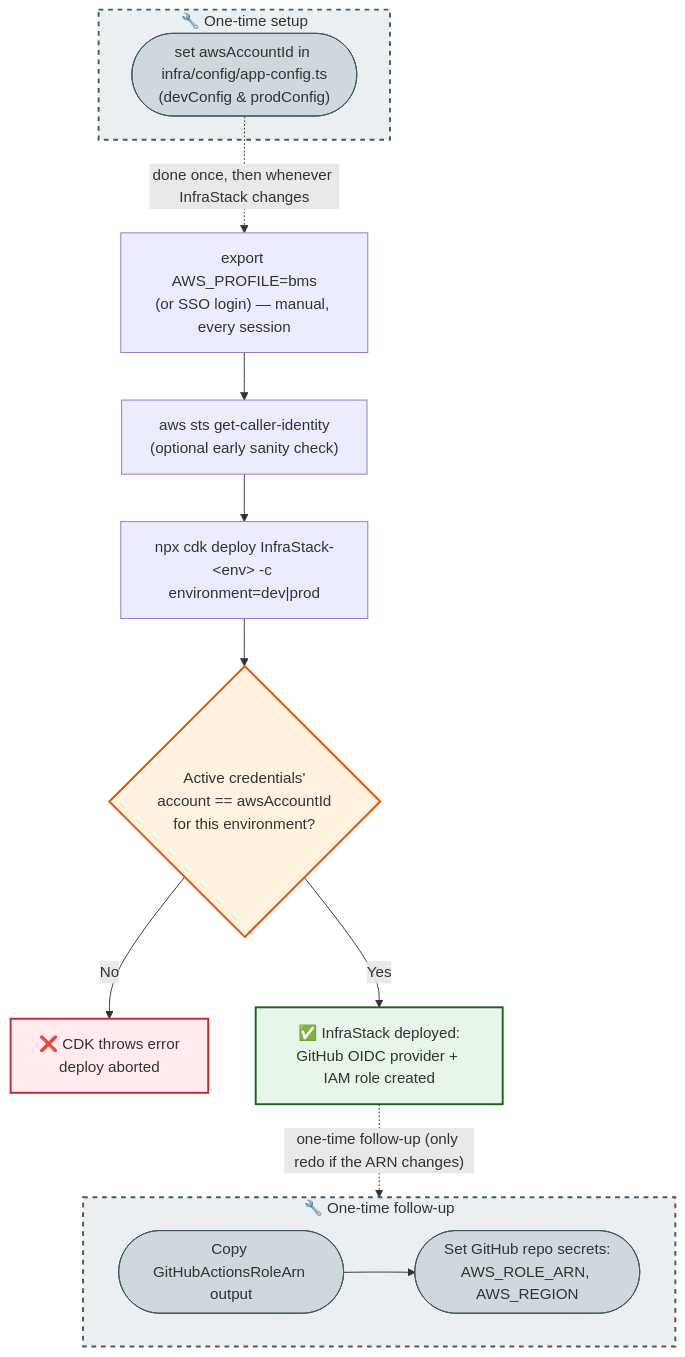
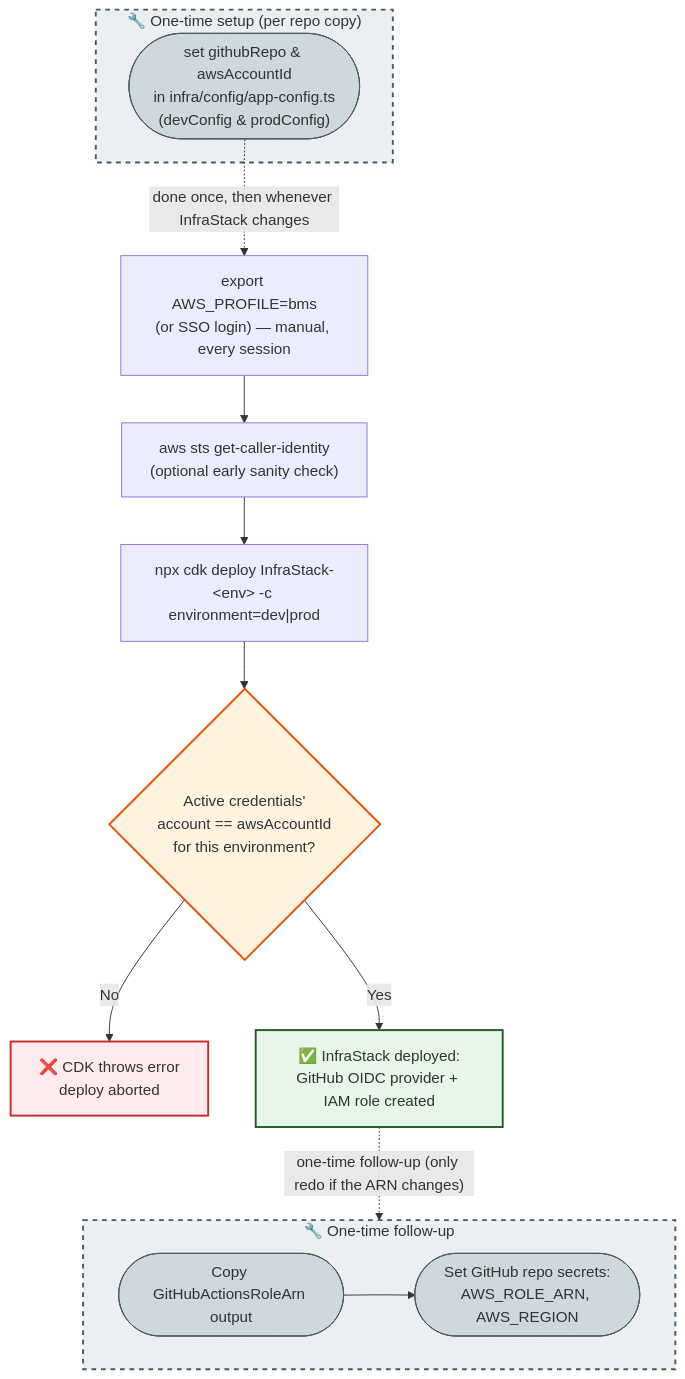
Before and after one commit to yuichiroyamaji/bms: the first of 3 diagrams in docs/deployment-flows.md, drawn with Mermaid. The commit also changed 6 other files, not shown here.

````diff
--- a/docs/deployment-flows.md
+++ b/docs/deployment-flows.md
@@ -23,33 +23,33 @@
 ```mermaid
 flowchart TD
-    subgraph Setup["🔧 One-time setup"]
-        A(["set awsAccountId in infra/config/app-config.ts<br/>(devConfig & prodConfig)"])
+    subgraph Setup["🔧 One-time setup (per repo copy)"]
+        A(["set githubRepo & awsAccountId<br/>in infra/config/app-config.ts<br/>(devConfig & prodConfig)"])
     end
 
     A -.->|"done once, then whenever InfraStack changes"| C["export AWS_PROFILE=bms<br/>(or SSO login) — manual, every session"]
     C --> D["aws sts get-caller-identity<br/>(optional early sanity check)"]
     D --> E["npx cdk deploy InfraStack-&lt;env&gt; -c environment=dev|prod"]
     E --> F{"Active credentials'<br/>account == awsAccountId<br/>for this environment?"}
     F -- No --> G["❌ CDK throws error<br/>deploy aborted"]
     F -- Yes --> H["✅ InfraStack deployed:<br/>GitHub OIDC provider + IAM role created"]
 
     H -.->|"one-time follow-up (only redo if the ARN changes)"| Followup
 
     subgraph Followup["🔧 One-time follow-up"]
         I(["Copy GitHubActionsRoleArn output"])
         J(["Set GitHub repo secrets:<br/>AWS_ROLE_ARN, AWS_REGION"])
         I --> J
     end
 
     style Setup fill:#eceff1,stroke:#455a64,stroke-width:2px,stroke-dasharray: 5 5
     style Followup fill:#eceff1,stroke:#455a64,stroke-width:2px,stroke-dasharray: 5 5
 
     classDef guard fill:#fff3e0,stroke:#e65100,stroke-width:2px
     classDef fail fill:#ffebee,stroke:#c62828,stroke-width:2px
     classDef success fill:#e8f5e9,stroke:#1b5e20,stroke-width:2px
     classDef setup fill:#cfd8dc,stroke:#455a64,stroke-width:1px
     class F guard
     class G fail
     class H success
     class A,I,J setup
 ```
````
